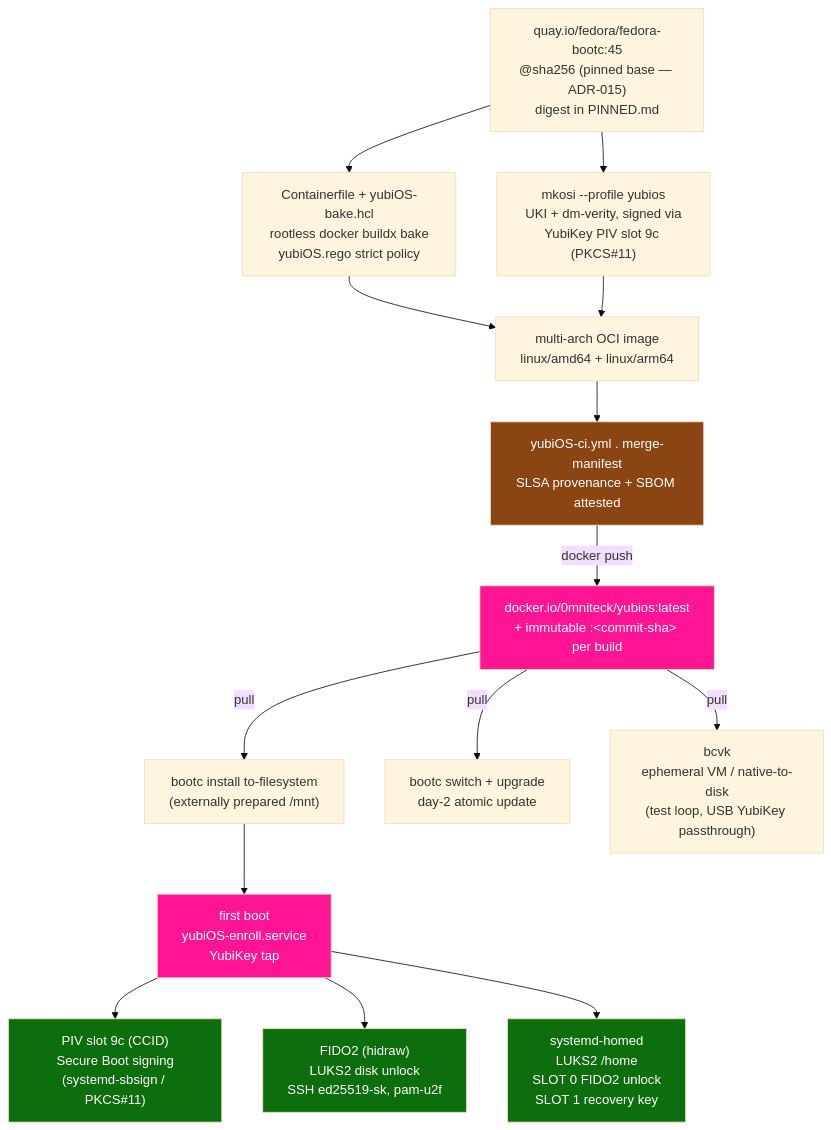
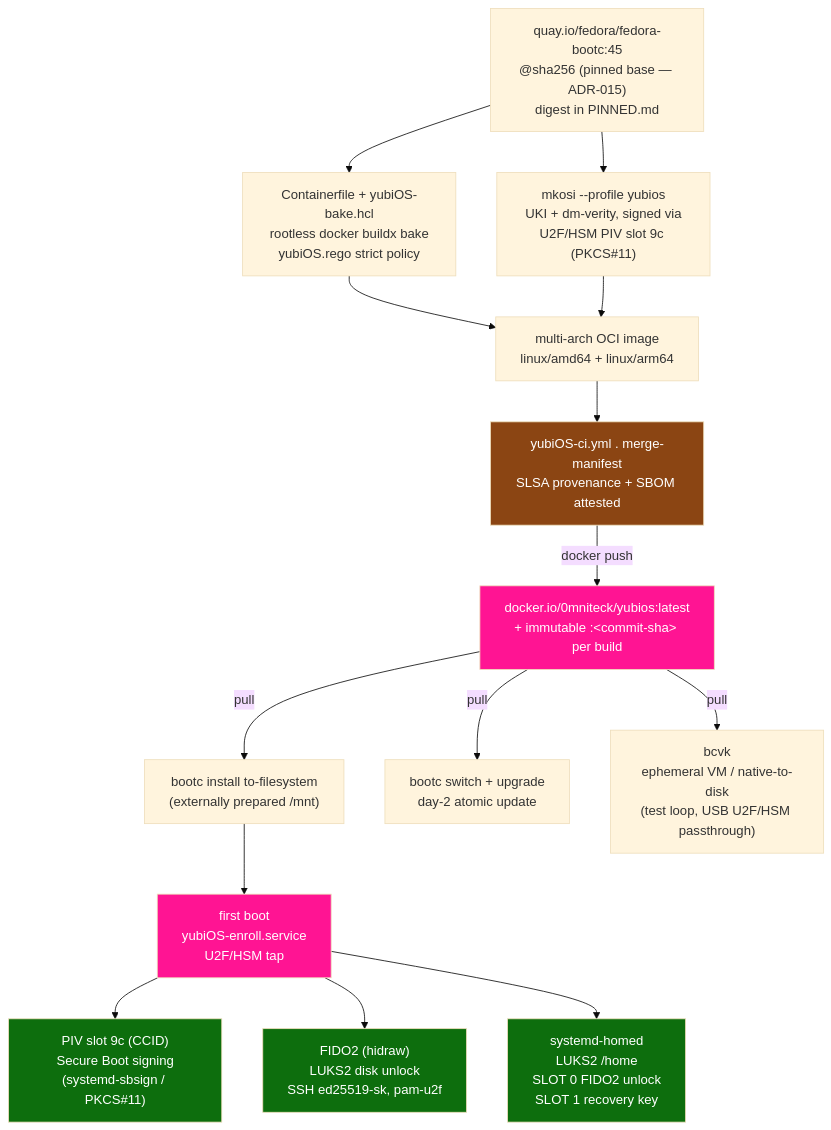
One commit to yubi-OS/yubiOS changed the diagram in README.md. Above: the diagram before and after it, drawn with Mermaid (base theme). The commit also changed other lines of this file and 292 other files, not shown here.

Commit message:
chore(repo): replace YubiKey/Yubikey/yubikey references with U2F/HSM across docs, scripts, tests, and workflows

````diff
--- a/README.md
+++ b/README.md
@@ -280,37 +280,37 @@
 ```mermaid
 graph TD
     BASE["quay.io/fedora/fedora-bootc:45\n@sha256 (pinned base — ADR-015)\ndigest in PINNED.md"]
     CF["Containerfile + yubiOS-bake.hcl\nrootless docker buildx bake\nyubiOS.rego strict policy"]
-    MKOSI["mkosi --profile yubios\nUKI + dm-verity, signed via\nYubiKey PIV slot 9c (PKCS#11)"]
+    MKOSI["mkosi --profile yubios\nUKI + dm-verity, signed via\nU2F/HSM PIV slot 9c (PKCS#11)"]
     OCI["multi-arch OCI image\nlinux/amd64 + linux/arm64"]
     CI["yubiOS-ci.yml . merge-manifest\nSLSA provenance + SBOM attested"]
     REG["docker.io/0mniteck/yubios:latest\n+ immutable :&lt;commit-sha&gt; per build"]
     INSTALL["bootc install to-filesystem\n(externally prepared /mnt)"]
     UPGRADE["bootc switch + upgrade\nday-2 atomic update"]
-    BCVK["bcvk\nephemeral VM / native-to-disk\n(test loop, USB YubiKey passthrough)"]
-    ENROLL["first boot\nyubiOS-enroll.service\nYubiKey tap"]
+    BCVK["bcvk\nephemeral VM / native-to-disk\n(test loop, USB U2F/HSM passthrough)"]
+    ENROLL["first boot\nyubiOS-enroll.service\nU2F/HSM tap"]
     PIV["PIV slot 9c (CCID)\nSecure Boot signing\n(systemd-sbsign / PKCS#11)"]
     FIDO["FIDO2 (hidraw)\nLUKS2 disk unlock\nSSH ed25519-sk, pam-u2f"]
     HOMED["systemd-homed\nLUKS2 /home\nSLOT 0 FIDO2 unlock\nSLOT 1 recovery key"]
 
     BASE --> CF
     BASE --> MKOSI
     CF --> OCI
     MKOSI --> OCI
     OCI --> CI
     CI -->|docker push| REG
     REG -->|pull| INSTALL
     REG -->|pull| UPGRADE
     REG -->|pull| BCVK
     INSTALL --> ENROLL
     ENROLL --> PIV
     ENROLL --> FIDO
     ENROLL --> HOMED
 
     style REG fill:#ff1493,color:#fff
     style ENROLL fill:#ff1493,color:#fff
     style PIV fill:#0d6e0d,color:#fff
     style FIDO fill:#0d6e0d,color:#fff
     style HOMED fill:#0d6e0d,color:#fff
     style CI fill:#8b4513,color:#fff
 ```
````
